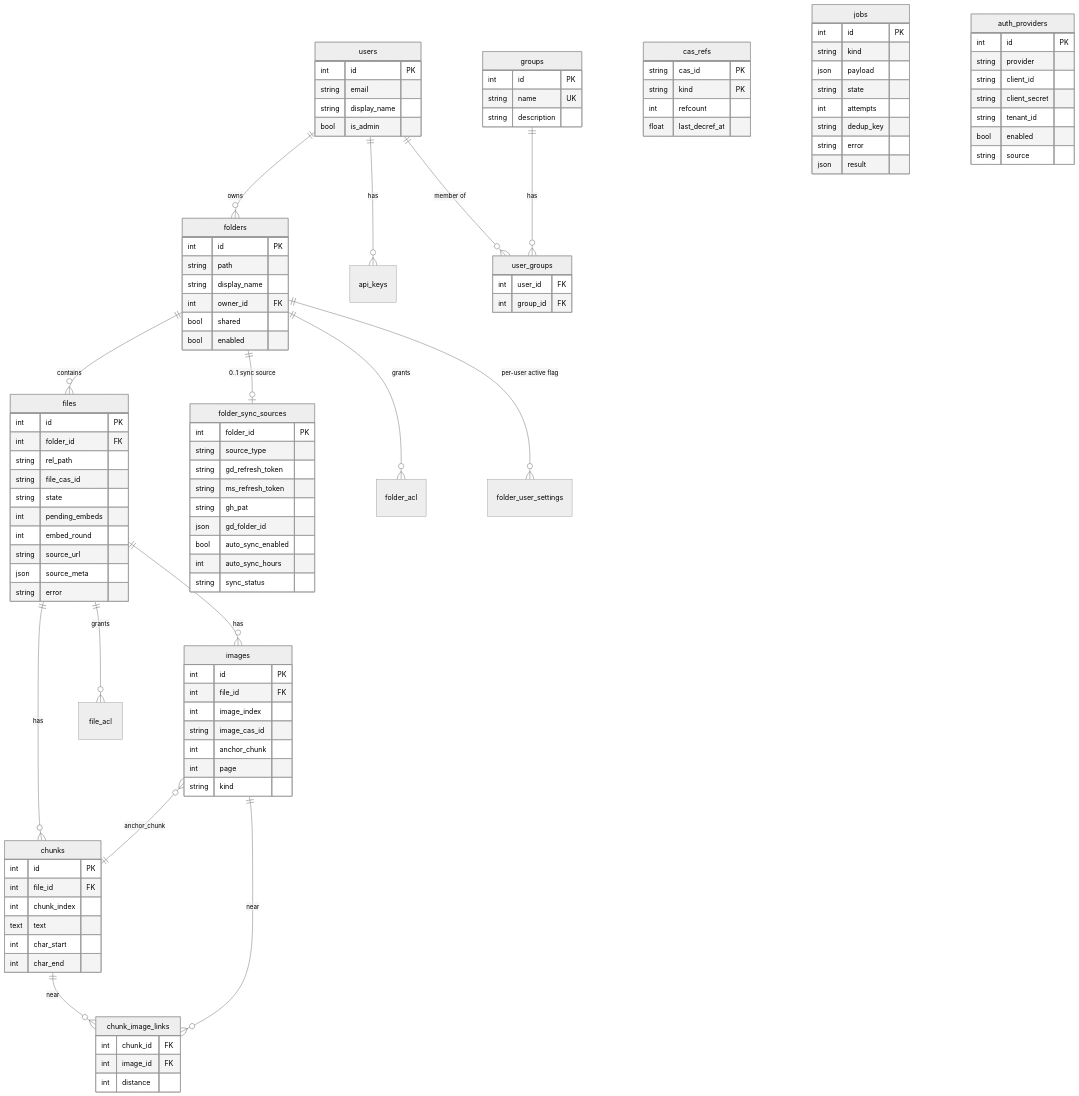
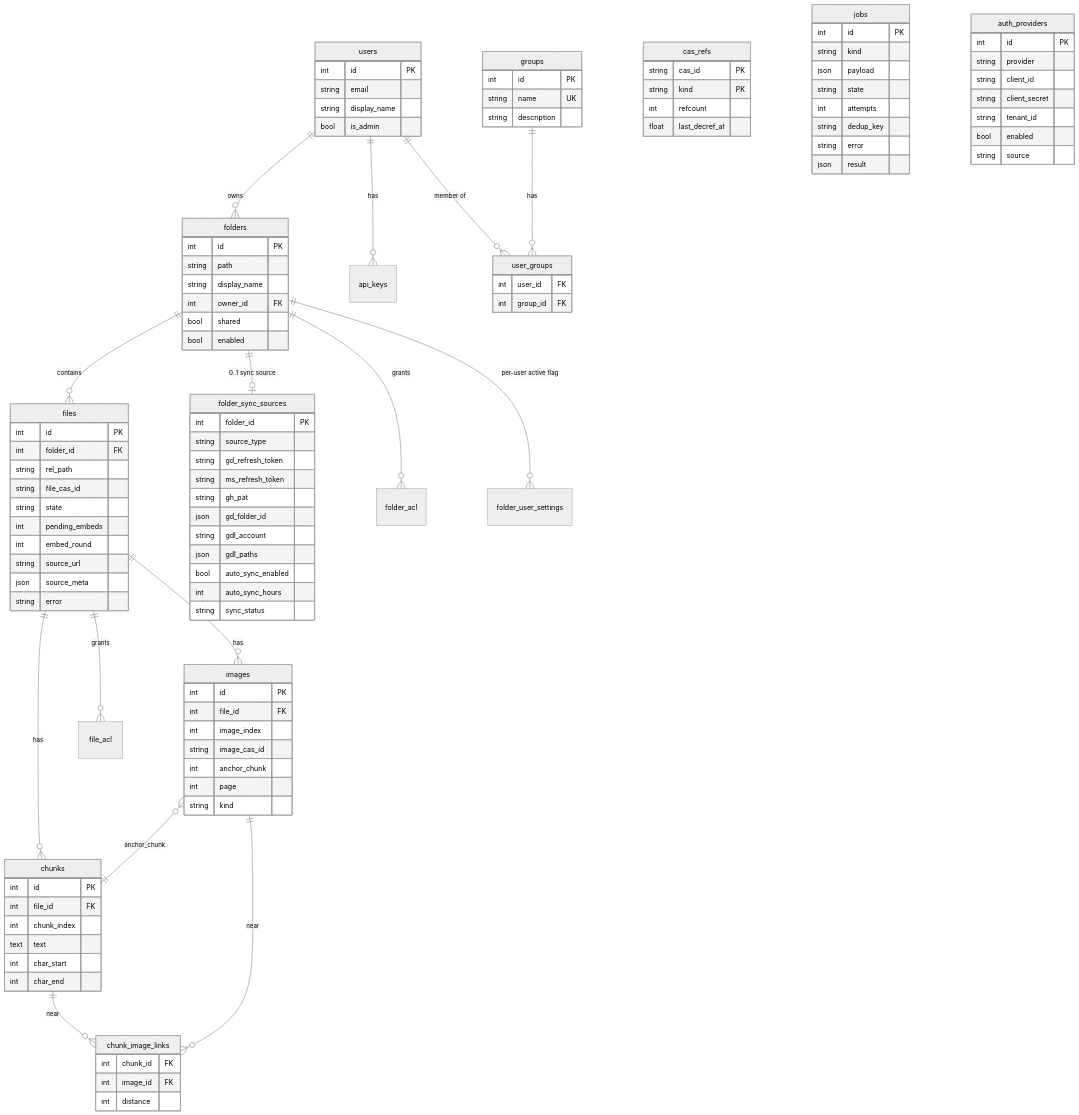
Before and after one commit to voitta-ai/voitta-rag-enterprise: diagram 18 of 20 in docs/OPERATIONS.md, drawn with Mermaid (neutral theme). The commit also changed other lines of this file and 37 other files, not shown here.

```diff
--- a/docs/OPERATIONS.md
+++ b/docs/OPERATIONS.md
@@ -961,6 +1097,8 @@
         string ms_refresh_token
         string gh_pat
         json gd_folder_id
+        string gdl_account
+        json gdl_paths
         bool auto_sync_enabled
         int auto_sync_hours
         string sync_status
```
